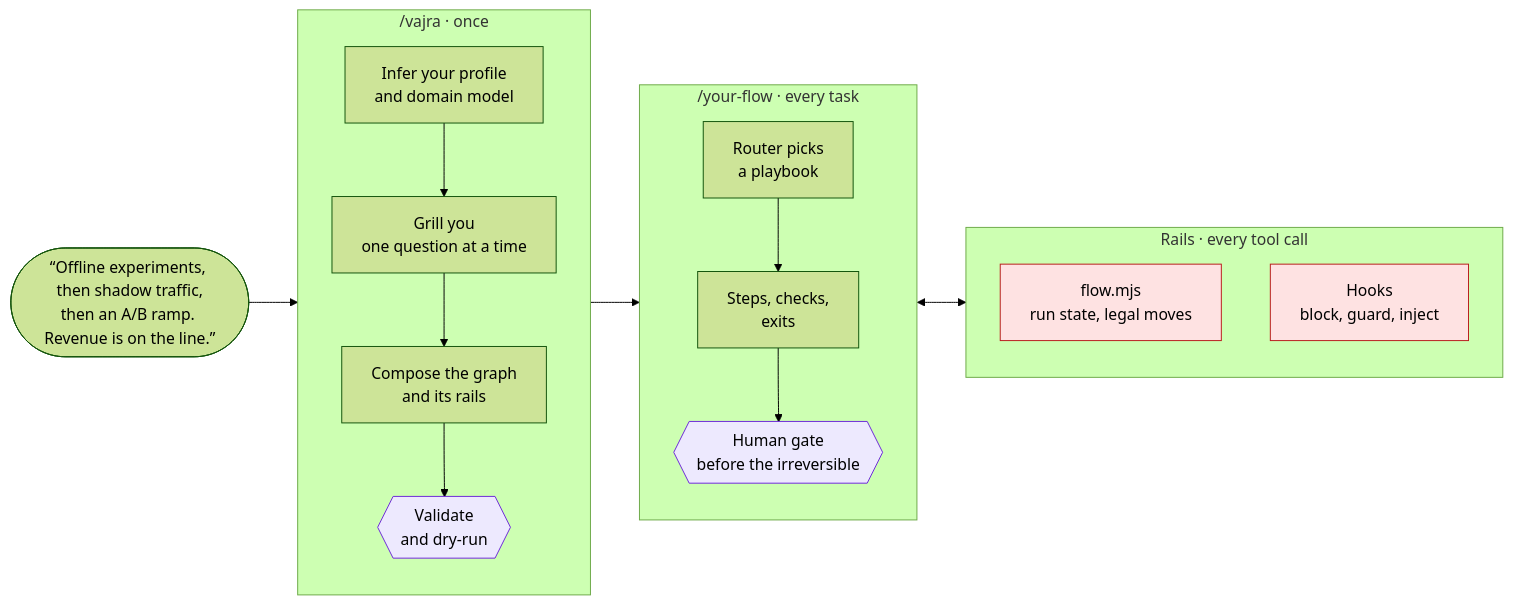
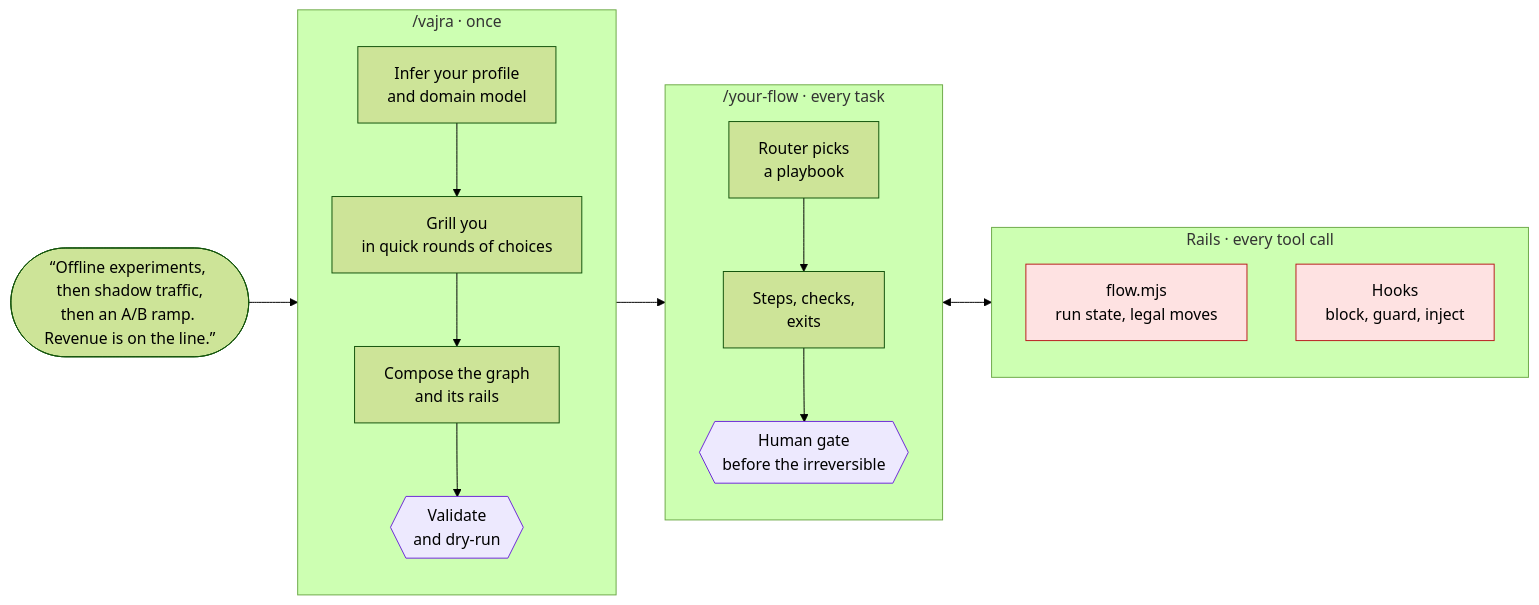
One commit to zwire/vajra changed the first of 6 diagrams in README.md. Above: the diagram before and after it, drawn with Mermaid (forest theme). The commit also changed other lines of this file and 7 other files, not shown here.

First line of the commit message:
Make the consult grilling light: rounds of preset choices on the lightest surface

````diff
--- a/README.md
+++ b/README.md
@@ -25,23 +25,23 @@
 ```mermaid
 flowchart LR
   you(["“Offline experiments, then shadow traffic,<br/>then an A/B ramp. Revenue is on the line.”"])
   subgraph gen ["/vajra · once"]
     direction TB
-    g1["Infer your profile<br/>and domain model"] --> g2["Grill you<br/>one question at a time"] --> g3["Compose the graph<br/>and its rails"] --> g4{{"Validate<br/>and dry-run"}}
+    g1["Infer your profile<br/>and domain model"] --> g2["Grill you<br/>in quick rounds of choices"] --> g3["Compose the graph<br/>and its rails"] --> g4{{"Validate<br/>and dry-run"}}
   end
   subgraph flow ["/your-flow · every task"]
     direction TB
     f1["Router picks<br/>a playbook"] --> f2["Steps, checks,<br/>exits"] --> f3{{"Human gate<br/>before the irreversible"}}
   end
   subgraph rails ["Rails · every tool call"]
     direction TB
     r1["flow.mjs<br/>run state, legal moves"]
     r2["Hooks<br/>block, guard, inject"]
   end
   you --> gen --> flow
   flow <--> rails
   classDef gate fill:#ede9fe,stroke:#6d28d9,color:#000
   classDef rail fill:#fee2e2,stroke:#b91c1c,color:#000
   class g4,f3 gate
   class r1,r2 rail
 ```
````
